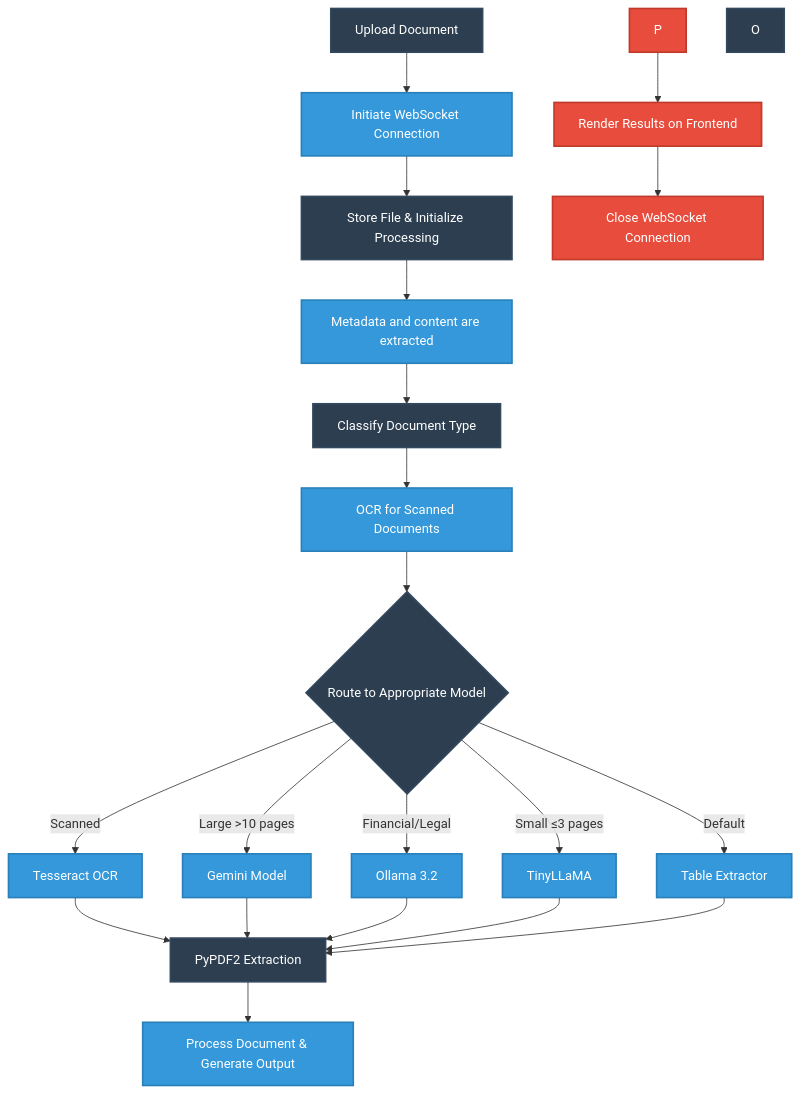
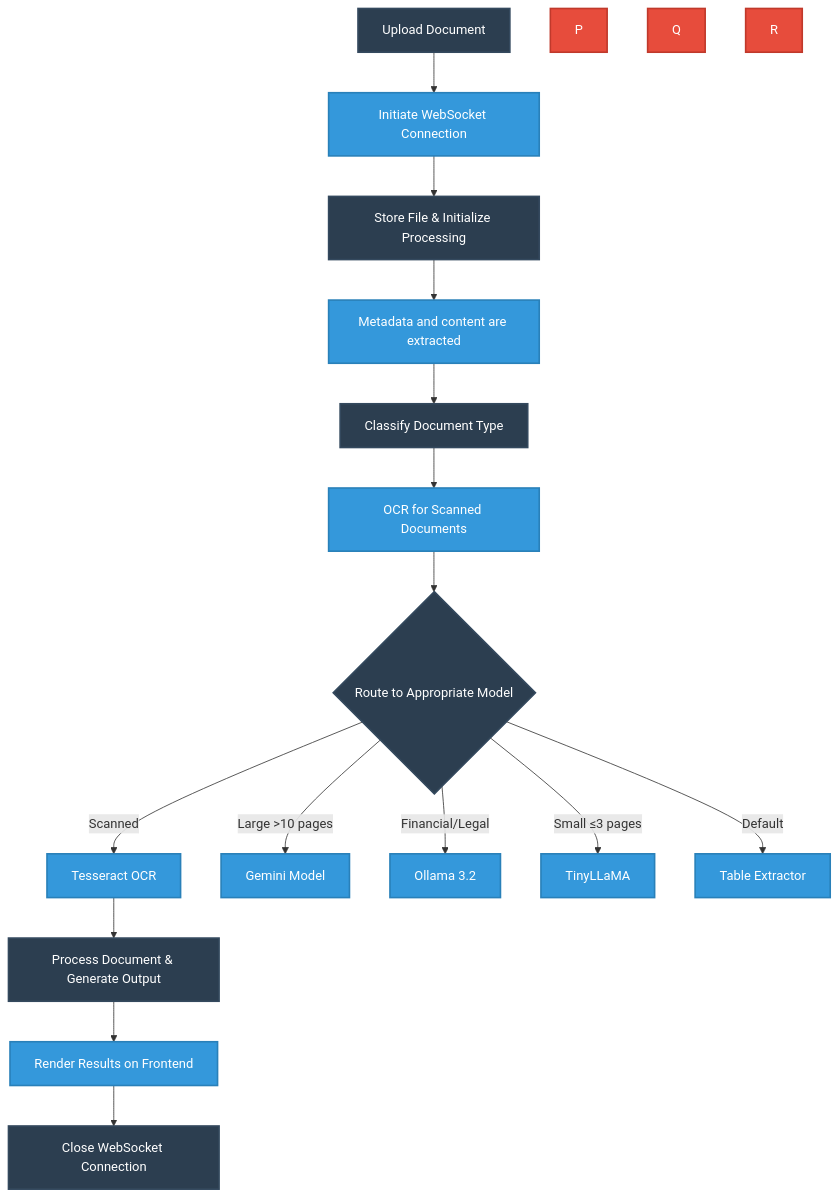
The diagram in README.md (pharshithaa/document-processing-system), drawn with Mermaid before and after one commit.

````diff
--- a/README.md
+++ b/README.md
@@ -9,55 +9,49 @@
 ```mermaid
 graph TD
     %% Frontend Flow
     A[Upload Document] --> B[Initiate WebSocket Connection]
     B --> C[Store File & Initialize Processing]
     
     %% Backend Processing
     C --> D[Metadata and content are extracted]
     D --> E[Classify Document Type]
     
     %% Document Analysis
     E --> F[OCR for Scanned Documents]
     F --> G{Route to Appropriate Model}
     
     %% Processing Paths
     G -->|Scanned| H[Tesseract OCR]
     G -->|Large >10 pages| I[Gemini Model]
     G -->|Financial/Legal| J[Ollama 3.2]
     G -->|Small ≤3 pages| K[TinyLLaMA]
     G -->|Default| L[Table Extractor]
     
     %% Content Processing
-    H --> M[PyPDF2 Extraction]
-    I --> M
-    J --> M
-    K --> M
-    L --> M
+    H --> M[Process Document & Generate Output]
     
     %% Results & Status
-    M --> N[Process Document & Generate Output]
+    M --> N[Render Results on Frontend]
+    N --> O[Close WebSocket Connection]
     
-    %% Cleanup
-    P --> Q[Render Results on Frontend]
-    Q --> R[Close WebSocket Connection]
-    
+
     %% Styling - Professional Blue Theme
     style A fill:#2c3e50,stroke:#34495e,stroke-width:2px,color:#fff
     style B fill:#3498db,stroke:#2980b9,stroke-width:2px,color:#fff
     style C fill:#2c3e50,stroke:#34495e,stroke-width:2px,color:#fff
     style D fill:#3498db,stroke:#2980b9,stroke-width:2px,color:#fff
     style E fill:#2c3e50,stroke:#34495e,stroke-width:2px,color:#fff
     style F fill:#3498db,stroke:#2980b9,stroke-width:2px,color:#fff
     style G fill:#2c3e50,stroke:#34495e,stroke-width:2px,color:#fff
     style H fill:#3498db,stroke:#2980b9,stroke-width:2px,color:#fff
     style I fill:#3498db,stroke:#2980b9,stroke-width:2px,color:#fff
     style J fill:#3498db,stroke:#2980b9,stroke-width:2px,color:#fff
     style K fill:#3498db,stroke:#2980b9,stroke-width:2px,color:#fff
     style L fill:#3498db,stroke:#2980b9,stroke-width:2px,color:#fff
     style M fill:#2c3e50,stroke:#34495e,stroke-width:2px,color:#fff
     style N fill:#3498db,stroke:#2980b9,stroke-width:2px,color:#fff
     style O fill:#2c3e50,stroke:#34495e,stroke-width:2px,color:#fff
     style P fill:#e74c3c,stroke:#c0392b,stroke-width:2px,color:#fff
     style Q fill:#e74c3c,stroke:#c0392b,stroke-width:2px,color:#fff
     style R fill:#e74c3c,stroke:#c0392b,stroke-width:2px,color:#fff
 ```
````
